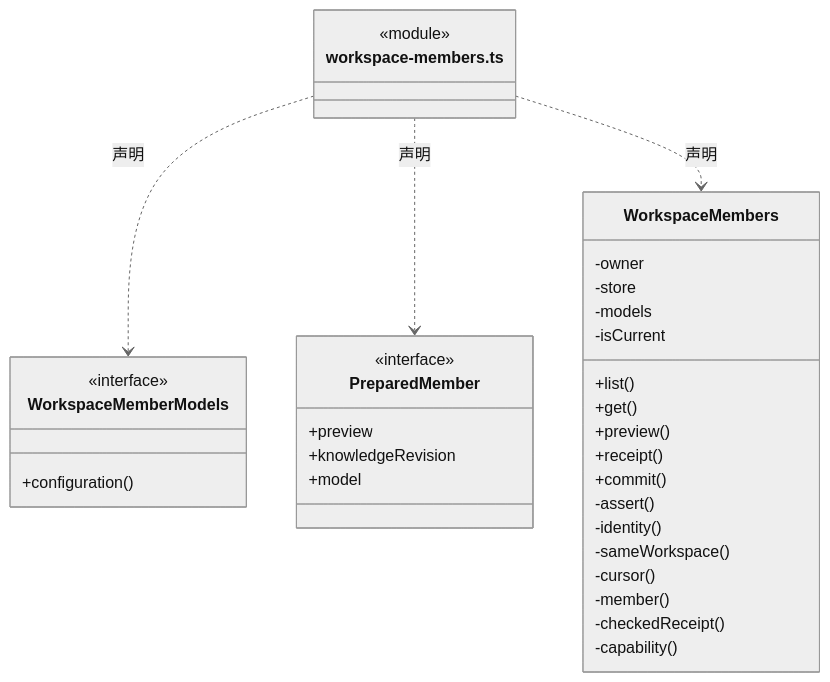
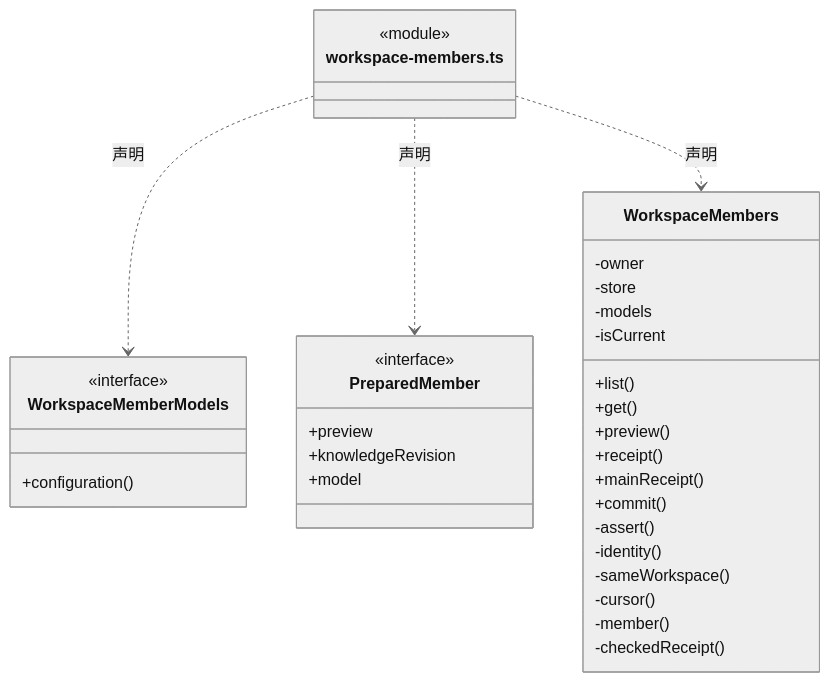
Before and after one commit to nan023062/cbim: diagram 18 of 26 in src/backend/main/workspace/ARCHITECTURE.md, drawn with Mermaid (neutral theme). The commit also changed other lines of this file and 29 other files, not shown here.

````diff
--- a/src/backend/main/workspace/ARCHITECTURE.md
+++ b/src/backend/main/workspace/ARCHITECTURE.md
@@ -359,37 +372,37 @@
 ```mermaid
 classDiagram
 class N_src_backend_main_workspace_workspace_members_ts["workspace-members.ts"] {
   <<module>>
 }
 class N_src_backend_main_workspace_workspace_members_ts_WorkspaceMemberModels["WorkspaceMemberModels"] {
   <<interface>>
   +configuration()
 }
 N_src_backend_main_workspace_workspace_members_ts ..> N_src_backend_main_workspace_workspace_members_ts_WorkspaceMemberModels : 声明
 class N_src_backend_main_workspace_workspace_members_ts_PreparedMember["PreparedMember"] {
   <<interface>>
   +preview
   +knowledgeRevision
   +model
 }
 N_src_backend_main_workspace_workspace_members_ts ..> N_src_backend_main_workspace_workspace_members_ts_PreparedMember : 声明
 class N_src_backend_main_workspace_workspace_members_ts_WorkspaceMembers["WorkspaceMembers"] {
   +list()
   +get()
   +preview()
   +receipt()
+  +mainReceipt()
   +commit()
   -owner
   -store
   -models
   -isCurrent
   -assert()
   -identity()
   -sameWorkspace()
   -cursor()
   -member()
   -checkedReceipt()
-  -capability()
 }
 N_src_backend_main_workspace_workspace_members_ts ..> N_src_backend_main_workspace_workspace_members_ts_WorkspaceMembers : 声明
 ```
````
